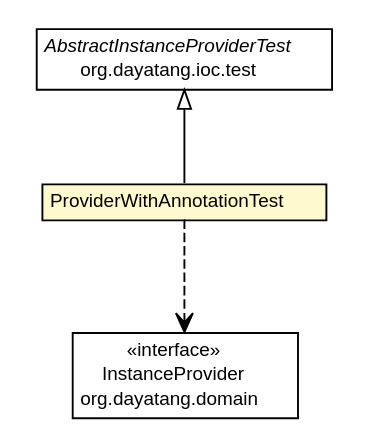
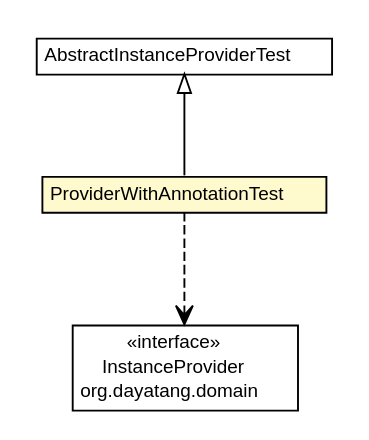
The diagram in dddlib-ioc/dddlib-ioc-spring/testapidocs/org/dayatang/ioc/spring/factory/ProviderWithAnnotationTest.dot (dayatang/dddlib), drawn with Graphviz before and after one commit. The commit also changed 71 other files, not shown here.

```diff
--- a/dddlib-ioc/dddlib-ioc-spring/testapidocs/org/dayatang/ioc/spring/factory/ProviderWithAnnotationTest.dot
+++ b/dddlib-ioc/dddlib-ioc-spring/testapidocs/org/dayatang/ioc/spring/factory/ProviderWithAnnotationTest.dot
@@ -1,37 +1,36 @@
 #!/usr/local/bin/dot
 #
 # Class diagram 
 # Generated by UMLGraph version R5_6_6-8-g8d7759 (http://www.umlgraph.org/)
 #
 
 digraph G {
 	edge [fontname="Helvetica",fontsize=10,labelfontname="Helvetica",labelfontsize=10];
 	node [fontname="Helvetica",fontsize=10,shape=plaintext];
 	nodesep=0.25;
 	ranksep=0.5;
 	// org.dayatang.ioc.spring.factory.ProviderWithAnnotationTest
-	c22 [label=<<table title="org.dayatang.ioc.spring.factory.ProviderWithAnnotationTest" border="0" cellborder="1" cellspacing="0" cellpadding="2" port="p" bgcolor="lemonChiffon" href="./ProviderWithAnnotationTest.html">
+	c19 [label=<<table title="org.dayatang.ioc.spring.factory.ProviderWithAnnotationTest" border="0" cellborder="1" cellspacing="0" cellpadding="2" port="p" bgcolor="lemonChiffon" href="./ProviderWithAnnotationTest.html">
 		<tr><td><table border="0" cellspacing="0" cellpadding="1">
 <tr><td align="center" balign="center"> ProviderWithAnnotationTest </td></tr>
 		</table></td></tr>
 		</table>>, URL="./ProviderWithAnnotationTest.html", fontname="Helvetica", fontcolor="black", fontsize=10.0];
-	//org.dayatang.ioc.spring.factory.ProviderWithAnnotationTest extends org.dayatang.ioc.test.AbstractInstanceProviderTest
-	c23:p -> c22:p [dir=back,arrowtail=empty];
+	//org.dayatang.ioc.spring.factory.ProviderWithAnnotationTest extends AbstractInstanceProviderTest
+	c20:p -> c19:p [dir=back,arrowtail=empty];
 	// org.dayatang.ioc.spring.factory.ProviderWithAnnotationTest DEPEND org.dayatang.domain.InstanceProvider
-	c22:p -> c25:p [taillabel="", label=" "headlabel="", fontname="Helvetica", fontcolor="black", fontsize=10.0, color="black", arrowhead=open, style=dashed];
+	c19:p -> c22:p [taillabel="", label=" "headlabel="", fontname="Helvetica", fontcolor="black", fontsize=10.0, color="black", arrowhead=open, style=dashed];
+	// AbstractInstanceProviderTest
+	c20[label=<<table title="AbstractInstanceProviderTest" border="0" cellborder="1" cellspacing="0" cellpadding="2" port="p" href="http://java.sun.com/j2se/1.4.2/docs/api//AbstractInstanceProviderTest.html">
+		<tr><td><table border="0" cellspacing="0" cellpadding="1">
+<tr><td align="center" balign="center"> AbstractInstanceProviderTest </td></tr>
+		</table></td></tr>
+		</table>>, fontname="Helvetica", fontcolor="black", fontsize=10.0];
 	// org.dayatang.domain.InstanceProvider
-	c25 [label=<<table title="org.dayatang.domain.InstanceProvider" border="0" cellborder="1" cellspacing="0" cellpadding="2" port="p" href="http://java.sun.com/j2se/1.4.2/docs/api/org/dayatang/domain/InstanceProvider.html">
+	c22 [label=<<table title="org.dayatang.domain.InstanceProvider" border="0" cellborder="1" cellspacing="0" cellpadding="2" port="p" href="http://java.sun.com/j2se/1.4.2/docs/api/org/dayatang/domain/InstanceProvider.html">
 		<tr><td><table border="0" cellspacing="0" cellpadding="1">
 <tr><td align="center" balign="center"> &#171;interface&#187; </td></tr>
 <tr><td align="center" balign="center"> InstanceProvider </td></tr>
 <tr><td align="center" balign="center"> org.dayatang.domain </td></tr>
 		</table></td></tr>
 		</table>>, URL="http://java.sun.com/j2se/1.4.2/docs/api/org/dayatang/domain/InstanceProvider.html", fontname="Helvetica", fontcolor="black", fontsize=10.0];
-	// org.dayatang.ioc.test.AbstractInstanceProviderTest
-	c23 [label=<<table title="org.dayatang.ioc.test.AbstractInstanceProviderTest" border="0" cellborder="1" cellspacing="0" cellpadding="2" port="p" href="http://java.sun.com/j2se/1.4.2/docs/api/org/dayatang/ioc/test/AbstractInstanceProviderTest.html">
-		<tr><td><table border="0" cellspacing="0" cellpadding="1">
-<tr><td align="center" balign="center"><font face="Helvetica-Oblique"> AbstractInstanceProviderTest </font></td></tr>
-<tr><td align="center" balign="center"> org.dayatang.ioc.test </td></tr>
-		</table></td></tr>
-		</table>>, URL="http://java.sun.com/j2se/1.4.2/docs/api/org/dayatang/ioc/test/AbstractInstanceProviderTest.html", fontname="Helvetica", fontcolor="black", fontsize=10.0];
 }
```
